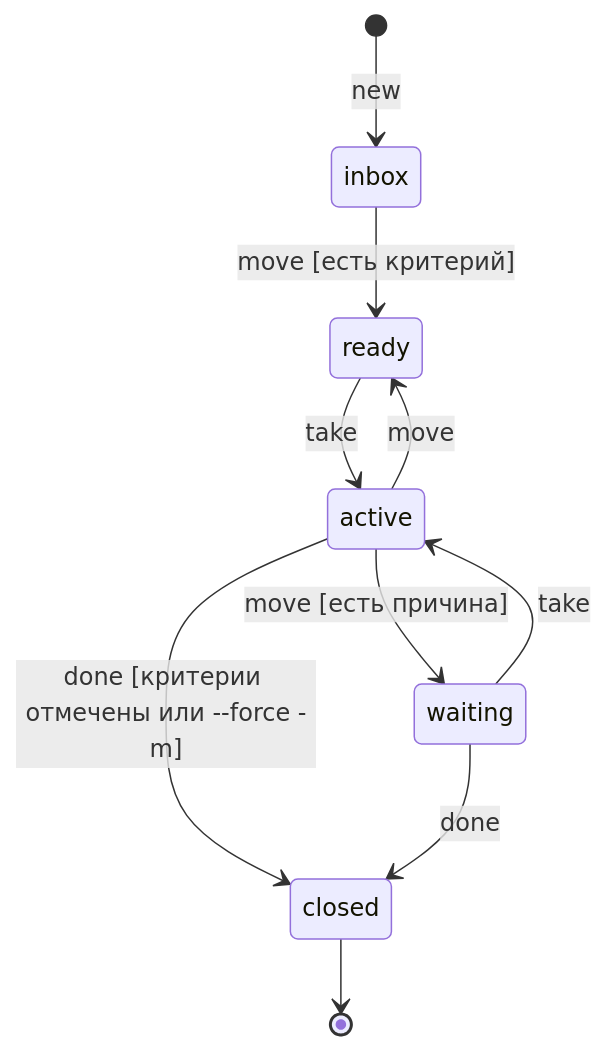
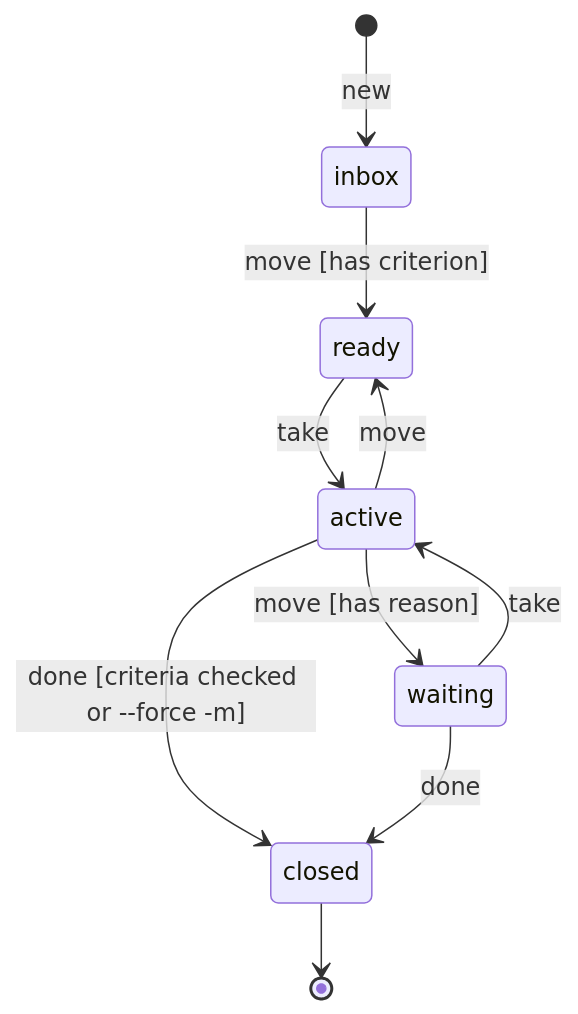
One commit to daniil4545/tix changed the fourth of 4 diagrams in docs/architecture.md. Above: the diagram before and after it, drawn with Mermaid. The commit also changed other lines of this file and 12 other files, not shown here.

First line of the commit message:
docs: translate spec, decisions, architecture and project docs to English

````diff
--- a/docs/architecture.md
+++ b/docs/architecture.md
@@ -169,12 +169,12 @@
 ```mermaid
 stateDiagram-v2
   [*] --> inbox: new
-  inbox --> ready: move [есть критерий]
+  inbox --> ready: move [has criterion]
   ready --> active: take
   waiting --> active: take
-  active --> waiting: move [есть причина]
+  active --> waiting: move [has reason]
   active --> ready: move
-  active --> closed: done [критерии отмечены или --force -m]
+  active --> closed: done [criteria checked or --force -m]
   waiting --> closed: done
   closed --> [*]
 ```
````
